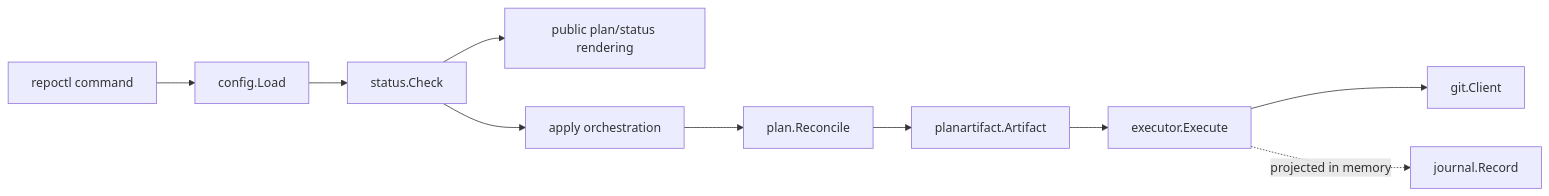
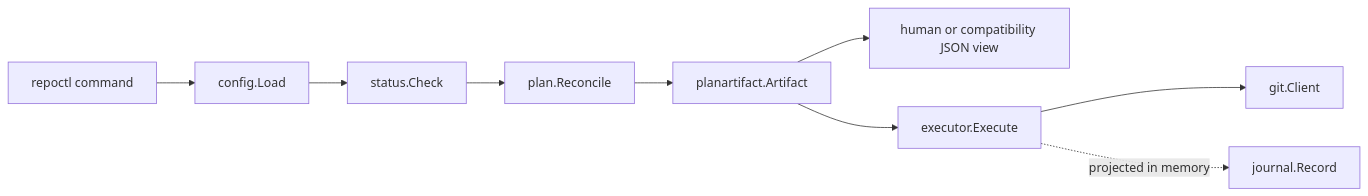
One commit to hackelia-micrantha/repora changed the diagram in docs/architecture/current-system.md. Above: the diagram before and after it, drawn with Mermaid. The commit also changed other lines of this file, not shown here.

Commit message:
docs: record exact plan artifact boundary

````diff
--- a/docs/architecture/current-system.md
+++ b/docs/architecture/current-system.md
@@ -27,12 +27,11 @@
 ```mermaid
 flowchart LR
     CLI[repoctl command] --> Config[config.Load]
     Config --> Status[status.Check]
-    Status --> Preview[public plan/status rendering]
-    Status --> Apply[apply orchestration]
-    Apply --> Planner[plan.Reconcile]
+    Status --> Planner[plan.Reconcile]
     Planner --> Artifact[planartifact.Artifact]
+    Artifact --> Preview[human or compatibility JSON view]
     Artifact --> Executor[executor.Execute]
     Executor --> Git[git.Client]
     Executor -. projected in memory .-> Journal[journal.Record]
 ```
````
